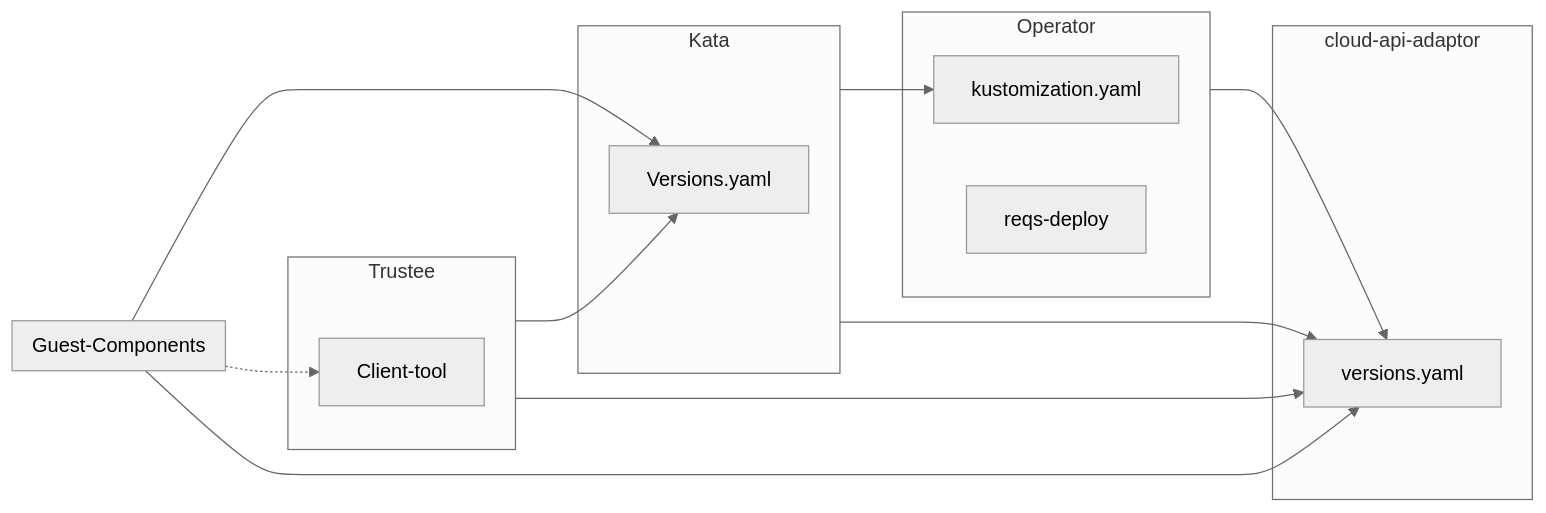
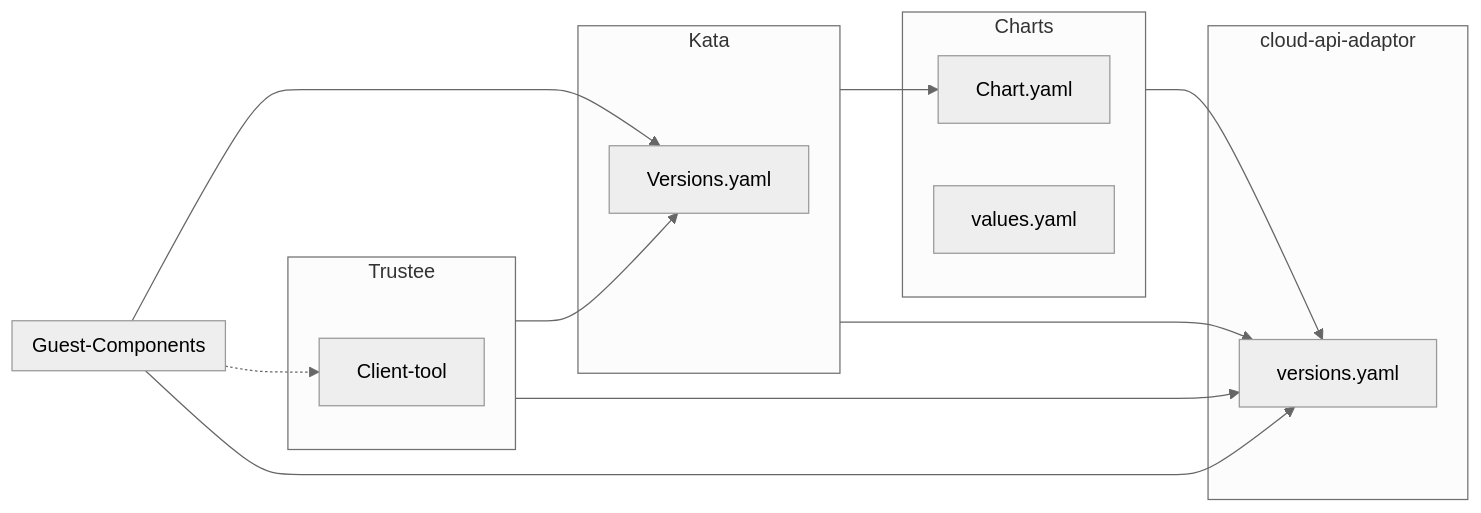
The diagram in .github/ISSUE_TEMPLATE/release-check-list.md (confidential-containers/confidential-containers), drawn with Mermaid (neutral theme) before and after one commit. The commit also changed other lines of this file and 7 other files, not shown here.

First line of the commit message:
docs: Replace Operator references with Helm charts

````diff
--- a/.github/ISSUE_TEMPLATE/release-check-list.md
+++ b/.github/ISSUE_TEMPLATE/release-check-list.md
@@ -15,27 +15,27 @@
 ```mermaid
 flowchart LR
     Trustee --> Versions.yaml
     Guest-Components --> Versions.yaml
-    Kata --> kustomization.yaml
+    Kata --> Chart.yaml
     Guest-Components .-> Client-tool
-    Operator --> versions.yaml
+    Charts --> versions.yaml
     Guest-Components --> versions.yaml
     Trustee --> versions.yaml
     Kata --> versions.yaml
 
     subgraph Kata
         Versions.yaml
     end
     subgraph Guest-Components
     end
     subgraph Trustee
         Client-tool
     end
-    subgraph Operator
-        kustomization.yaml
-        reqs-deploy
+    subgraph Charts
+        Chart.yaml
+        values.yaml
     end
     subgraph cloud-api-adaptor
         versions.yaml
     end
 ```
````
